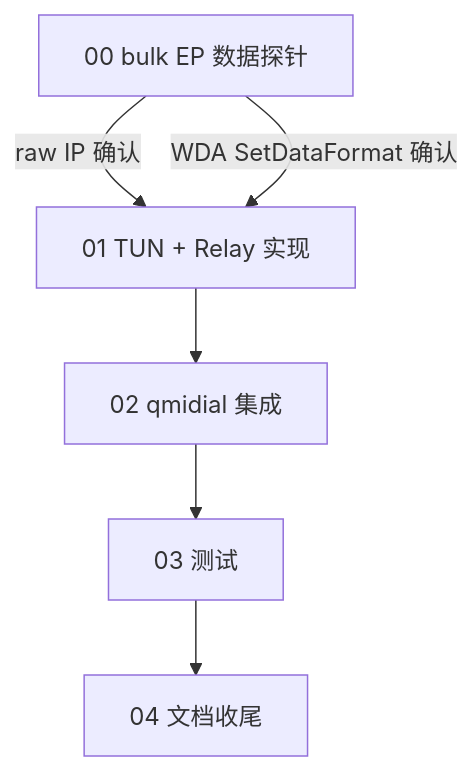
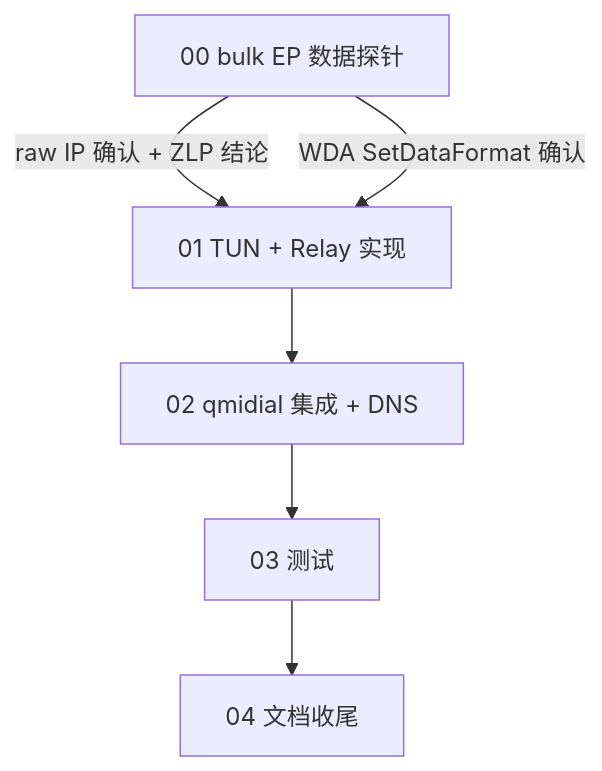
One commit to Reamd7/dji-4g-morden changed the diagram in plans/stage3-tun-internet.md. Above: the diagram before and after it, drawn with Mermaid. The commit also changed other lines of this file and 5 other files, not shown here.

First line of the commit message:
stage3: optimize plans with DNS gap + Bridge injection + ZLP + QMAP fallback

````diff
--- a/plans/stage3-tun-internet.md
+++ b/plans/stage3-tun-internet.md
@@ -134,9 +134,9 @@
 ```mermaid
 graph TD
-  00[00 bulk EP 数据探针] -->|raw IP 确认| 01
+  00[00 bulk EP 数据探针] -->|raw IP 确认 + ZLP 结论| 01
   00 -->|WDA SetDataFormat 确认| 01
   01[01 TUN + Relay 实现] --> 02
-  02[02 qmidial 集成] --> 03
+  02[02 qmidial 集成 + DNS] --> 03
   03[03 测试] --> 04
   04[04 文档收尾]
 ```
````
